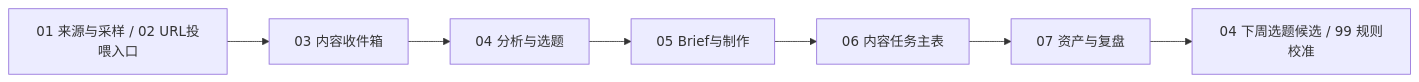
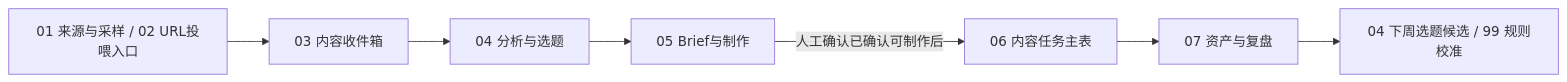
One commit to tinaguo0103-sudo/ai-account-radar changed the diagram in docs/system_map.md. Above: the diagram before and after it, drawn with Mermaid. The commit also changed other lines of this file and 33 other files, not shown here.

````diff
--- a/docs/system_map.md
+++ b/docs/system_map.md
@@ -5,9 +5,9 @@
 ```mermaid
 flowchart LR
   A["01 来源与采样 / 02 URL投喂入口"] --> B["03 内容收件箱"]
   B --> C["04 分析与选题"]
   C --> D["05 Brief与制作"]
-  D --> E["06 内容任务主表"]
+  D -- "人工确认已确认可制作后" --> E["06 内容任务主表"]
   E --> F["07 资产与复盘"]
   F --> G["04 下周选题候选 / 99 规则校准"]
 ```
````
